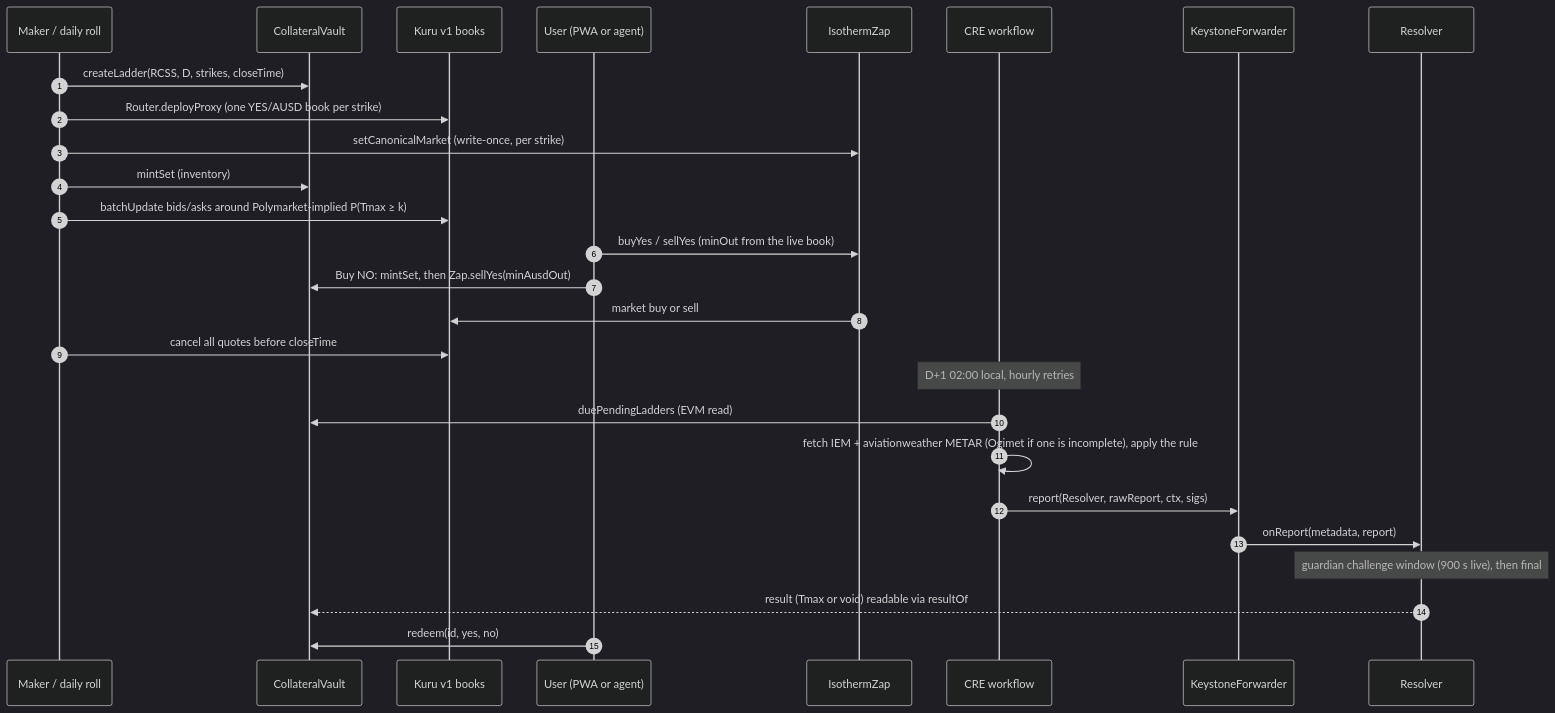
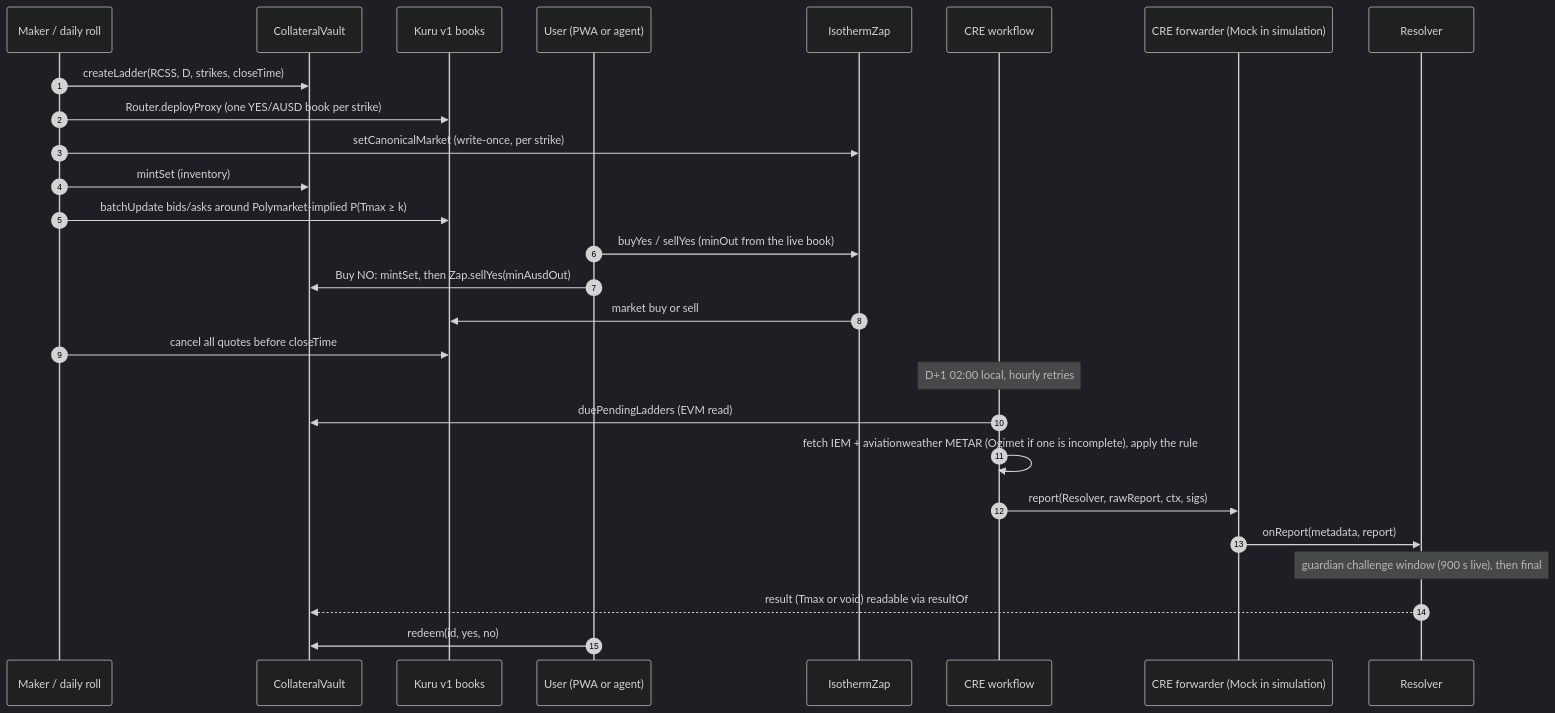
The diagram in ARCHITECTURE.md (tedinroc/isotherm), drawn with Mermaid (dark theme) before and after one commit. The commit also changed other lines of this file and 111 other files, not shown here.

````diff
--- a/ARCHITECTURE.md
+++ b/ARCHITECTURE.md
@@ -78,29 +79,29 @@
 ```mermaid
 sequenceDiagram
   autonumber
   participant Roll as Maker / daily roll
   participant Vault as CollateralVault
   participant Kuru as Kuru v1 books
   participant User as User (PWA or agent)
   participant Zap as IsothermZap
   participant CRE as CRE workflow
-  participant Fwd as KeystoneForwarder
+  participant Fwd as CRE forwarder (Mock in simulation)
   participant Res as Resolver
   Roll->>Vault: createLadder(RCSS, D, strikes, closeTime)
   Roll->>Kuru: Router.deployProxy (one YES/AUSD book per strike)
   Roll->>Zap: setCanonicalMarket (write-once, per strike)
   Roll->>Vault: mintSet (inventory)
   Roll->>Kuru: batchUpdate bids/asks around Polymarket-implied P(Tmax ≥ k)
   User->>Zap: buyYes / sellYes (minOut from the live book)
   User->>Vault: Buy NO: mintSet, then Zap.sellYes(minAusdOut)
   Zap->>Kuru: market buy or sell
   Roll->>Kuru: cancel all quotes before closeTime
   Note over CRE: D+1 02:00 local, hourly retries
   CRE->>Vault: duePendingLadders (EVM read)
   CRE->>CRE: fetch IEM + aviationweather METAR (Ogimet if one is incomplete), apply the rule
   CRE->>Fwd: report(Resolver, rawReport, ctx, sigs)
   Fwd->>Res: onReport(metadata, report)
   Note over Res: guardian challenge window (900 s live), then final
   Res-->>Vault: result (Tmax or void) readable via resultOf
   User->>Vault: redeem(id, yes, no)
 ```
````
